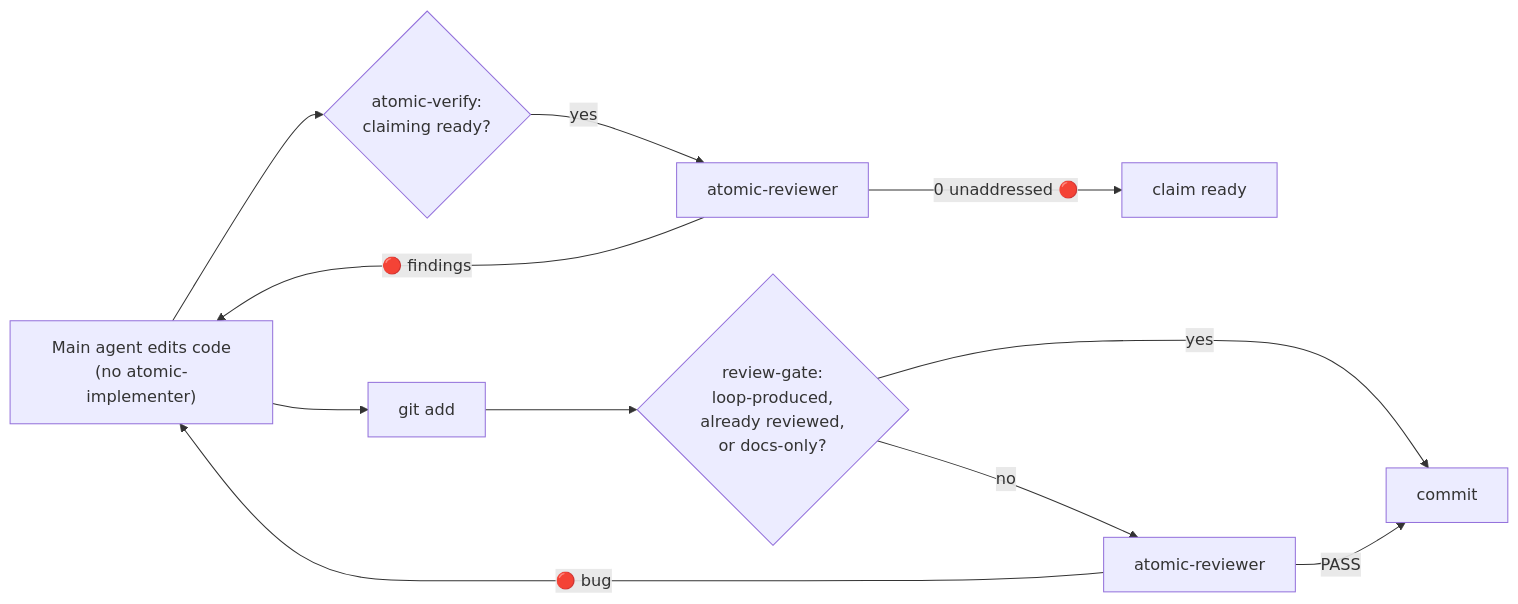
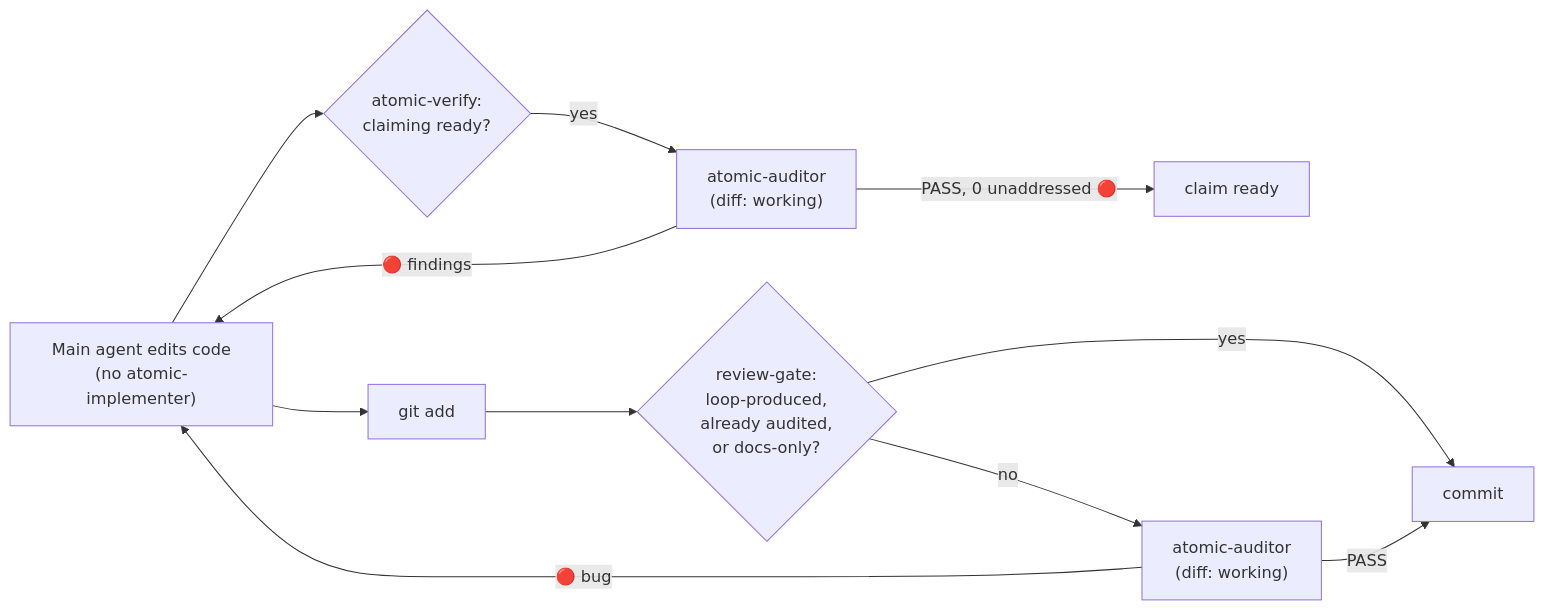
One commit to damusix/atomic-claude changed the fifth of 7 diagrams in docs/wiki/workflow.md. Above: the diagram before and after it, drawn with Mermaid. The commit also changed other lines of this file and 40 other files, not shown here.

````diff
--- a/docs/wiki/workflow.md
+++ b/docs/wiki/workflow.md
@@ -133,13 +133,13 @@
 ```mermaid
 flowchart LR
     E["Main agent edits code<br/>(no atomic-implementer)"] --> V{"atomic-verify:<br/>claiming ready?"}
-    V -->|yes| R1["atomic-reviewer"]
-    R1 -->|0 unaddressed 🔴| Ready["claim ready"]
+    V -->|yes| R1["atomic-auditor<br/>(diff: working)"]
+    R1 -->|PASS, 0 unaddressed 🔴| Ready["claim ready"]
     R1 -->|🔴 findings| E
     E --> S["git add"]
-    S --> G{"review-gate:<br/>loop-produced,<br/>already reviewed,<br/>or docs-only?"}
-    G -->|no| R2["atomic-reviewer"]
+    S --> G{"review-gate:<br/>loop-produced,<br/>already audited,<br/>or docs-only?"}
+    G -->|no| R2["atomic-auditor<br/>(diff: working)"]
     G -->|yes| Commit["commit"]
     R2 -->|PASS| Commit
     R2 -->|🔴 bug| E
 ```
````
